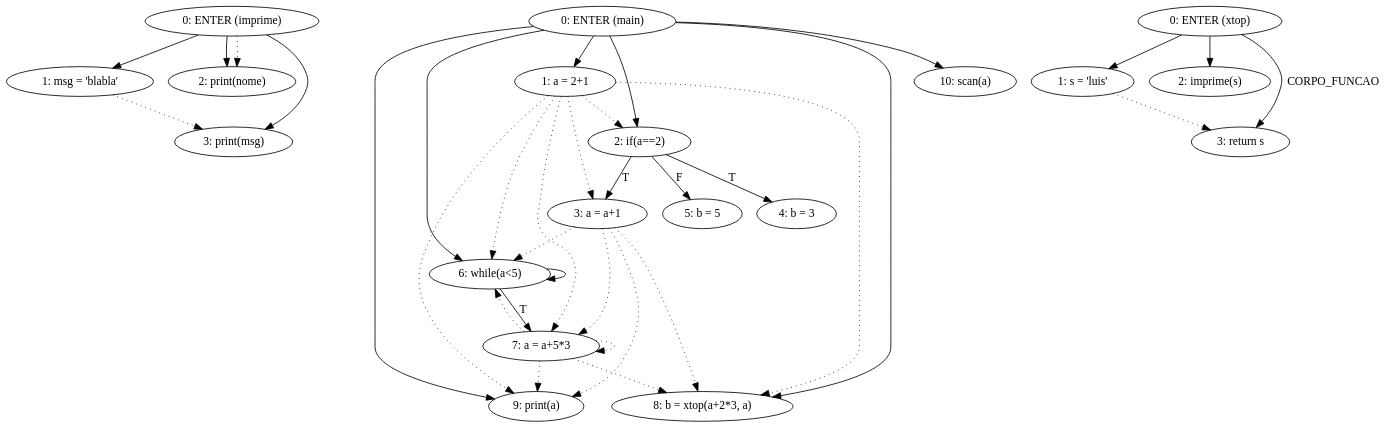
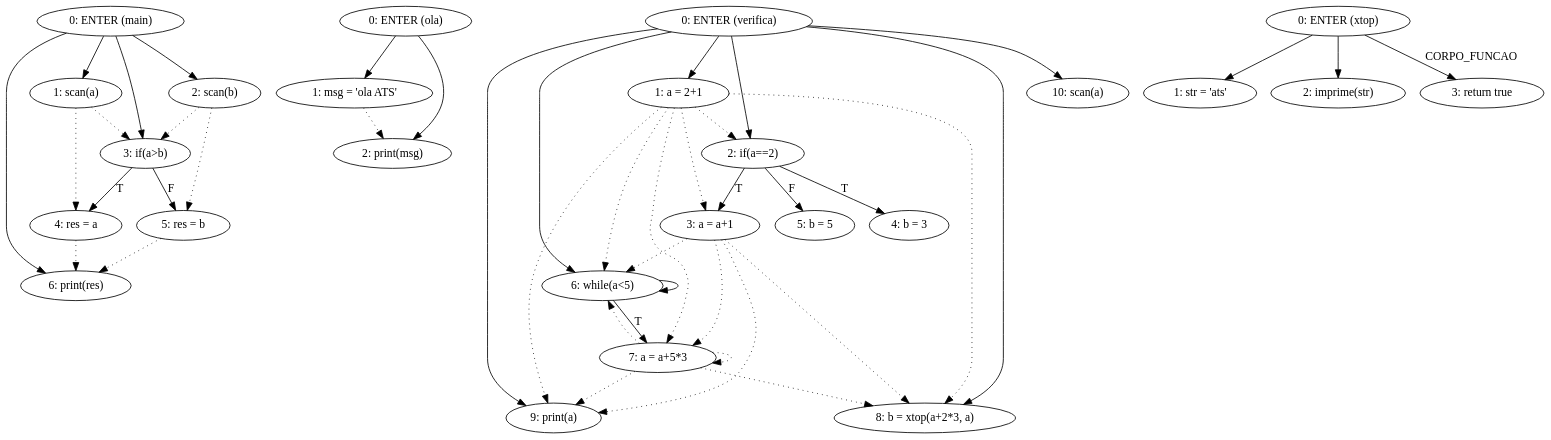
One commit to MiguelCosta/ATS changed the diagram in Final/lingi/WebSite/Gramatica/output/pdg.gv. Above: the diagram before and after it, drawn with Graphviz. The commit also changed 120 other files, not shown here.

```diff
--- a/Final/lingi/WebSite/Gramatica/output/pdg.gv
+++ b/Final/lingi/WebSite/Gramatica/output/pdg.gv
@@ -1,68 +1,87 @@
 digraph mainmapPDG {
 graph [bgcolor=transparent];
-"0:ENTER (imprime)"[label="0: ENTER (imprime)"];
-"1:msg = 'blabla'"[label="1: msg = 'blabla'"];
-"2:print(nome)"[label="2: print(nome)"];
-"3:print(msg)"[label="3: print(msg)"];
+"0:ENTER (main)"[label="0: ENTER (main)"];
+"1:scan(a)"[label="1: scan(a)"];
+"2:scan(b)"[label="2: scan(b)"];
+"3:if(a>b)"[label="3: if(a>b)"];
+"4:res = a"[label="4: res = a"];
+"5:res = b"[label="5: res = b"];
+"6:print(res)"[label="6: print(res)"];
 
 
-"0:ENTER (imprime)" -> "1:msg = 'blabla'";
-	"0:ENTER (imprime)" -> "2:print(nome)";
-	"0:ENTER (imprime)" -> "3:print(msg)";
+"0:ENTER (main)" -> "1:scan(a)";
+	"0:ENTER (main)" -> "2:scan(b)";
+	"0:ENTER (main)" -> "3:if(a>b)";
+	"0:ENTER (main)" -> "6:print(res)";
+	"3:if(a>b)" -> "4:res = a"[label="T"];
+	"3:if(a>b)" -> "5:res = b"[label="F"];
 	
 
-"0:ENTER (imprime)" -> "2:print(nome)" [style=dotted];
-	"1:msg = 'blabla'" -> "3:print(msg)" [style=dotted];
-	"0:ENTER (main)"[label="0: ENTER (main)"];
+"1:scan(a)" -> "3:if(a>b)" [style=dotted];
+	"1:scan(a)" -> "4:res = a" [style=dotted];
+	"2:scan(b)" -> "3:if(a>b)" [style=dotted];
+	"2:scan(b)" -> "5:res = b" [style=dotted];
+	"4:res = a" -> "6:print(res)" [style=dotted];
+	"5:res = b" -> "6:print(res)" [style=dotted];
+	"0:ENTER (ola)"[label="0: ENTER (ola)"];
+"1:msg = 'ola ATS'"[label="1: msg = 'ola ATS'"];
+"2:print(msg)"[label="2: print(msg)"];
+
+
+"0:ENTER (ola)" -> "1:msg = 'ola ATS'";
+	"0:ENTER (ola)" -> "2:print(msg)";
+	
+
+"1:msg = 'ola ATS'" -> "2:print(msg)" [style=dotted];
+	"0:ENTER (verifica)"[label="0: ENTER (verifica)"];
 "1:a = 2+1"[label="1: a = 2+1"];
 "2:if(a==2)"[label="2: if(a==2)"];
 "3:a = a+1"[label="3: a = a+1"];
 "4:b = 3"[label="4: b = 3"];
 "5:b = 5"[label="5: b = 5"];
 "6:while(a<5)"[label="6: while(a<5)"];
 "7:a = a+5*3"[label="7: a = a+5*3"];
 "8:b = xtop(a+2*3, a)"[label="8: b = xtop(a+2*3, a)"];
 "9:print(a)"[label="9: print(a)"];
 "10:scan(a)"[label="10: scan(a)"];
 
 
-"0:ENTER (main)" -> "1:a = 2+1";
-	"0:ENTER (main)" -> "2:if(a==2)";
-	"0:ENTER (main)" -> "6:while(a<5)";
-	"0:ENTER (main)" -> "8:b = xtop(a+2*3, a)";
-	"0:ENTER (main)" -> "9:print(a)";
-	"0:ENTER (main)" -> "10:scan(a)";
+"0:ENTER (verifica)" -> "1:a = 2+1";
+	"0:ENTER (verifica)" -> "2:if(a==2)";
+	"0:ENTER (verifica)" -> "6:while(a<5)";
+	"0:ENTER (verifica)" -> "8:b = xtop(a+2*3, a)";
+	"0:ENTER (verifica)" -> "9:print(a)";
+	"0:ENTER (verifica)" -> "10:scan(a)";
 	"2:if(a==2)" -> "3:a = a+1"[label="T"];
 	"2:if(a==2)" -> "4:b = 3"[label="T"];
 	"2:if(a==2)" -> "5:b = 5"[label="F"];
 	"6:while(a<5)" -> "6:while(a<5)";
 	"6:while(a<5)" -> "7:a = a+5*3"[label="T"];
 	
 
 "1:a = 2+1" -> "2:if(a==2)" [style=dotted];
 	"1:a = 2+1" -> "3:a = a+1" [style=dotted];
 	"1:a = 2+1" -> "6:while(a<5)" [style=dotted];
 	"1:a = 2+1" -> "7:a = a+5*3" [style=dotted];
 	"1:a = 2+1" -> "8:b = xtop(a+2*3, a)" [style=dotted];
 	"1:a = 2+1" -> "9:print(a)" [style=dotted];
 	"3:a = a+1" -> "6:while(a<5)" [style=dotted];
 	"3:a = a+1" -> "7:a = a+5*3" [style=dotted];
 	"3:a = a+1" -> "8:b = xtop(a+2*3, a)" [style=dotted];
 	"3:a = a+1" -> "9:print(a)" [style=dotted];
 	"7:a = a+5*3" -> "6:while(a<5)" [style=dotted];
 	"7:a = a+5*3" -> "7:a = a+5*3" [style=dotted];
 	"7:a = a+5*3" -> "8:b = xtop(a+2*3, a)" [style=dotted];
 	"7:a = a+5*3" -> "9:print(a)" [style=dotted];
 	"0:ENTER (xtop)"[label="0: ENTER (xtop)"];
-"1:s = 'luis'"[label="1: s = 'luis'"];
-"2:imprime(s)"[label="2: imprime(s)"];
-"3:return s"[label="3: return s"];
+"1:str = 'ats'"[label="1: str = 'ats'"];
+"2:imprime(str)"[label="2: imprime(str)"];
+"3:return true"[label="3: return true"];
 
 
-"0:ENTER (xtop)" -> "1:s = 'luis'";
-	"0:ENTER (xtop)" -> "2:imprime(s)";
-	"0:ENTER (xtop)" -> "3:return s"[label="CORPO_FUNCAO"];
+"0:ENTER (xtop)" -> "1:str = 'ats'";
+	"0:ENTER (xtop)" -> "2:imprime(str)";
+	"0:ENTER (xtop)" -> "3:return true"[label="CORPO_FUNCAO"];
 	
 
-"1:s = 'luis'" -> "3:return s" [style=dotted];
-	}
+}
```
